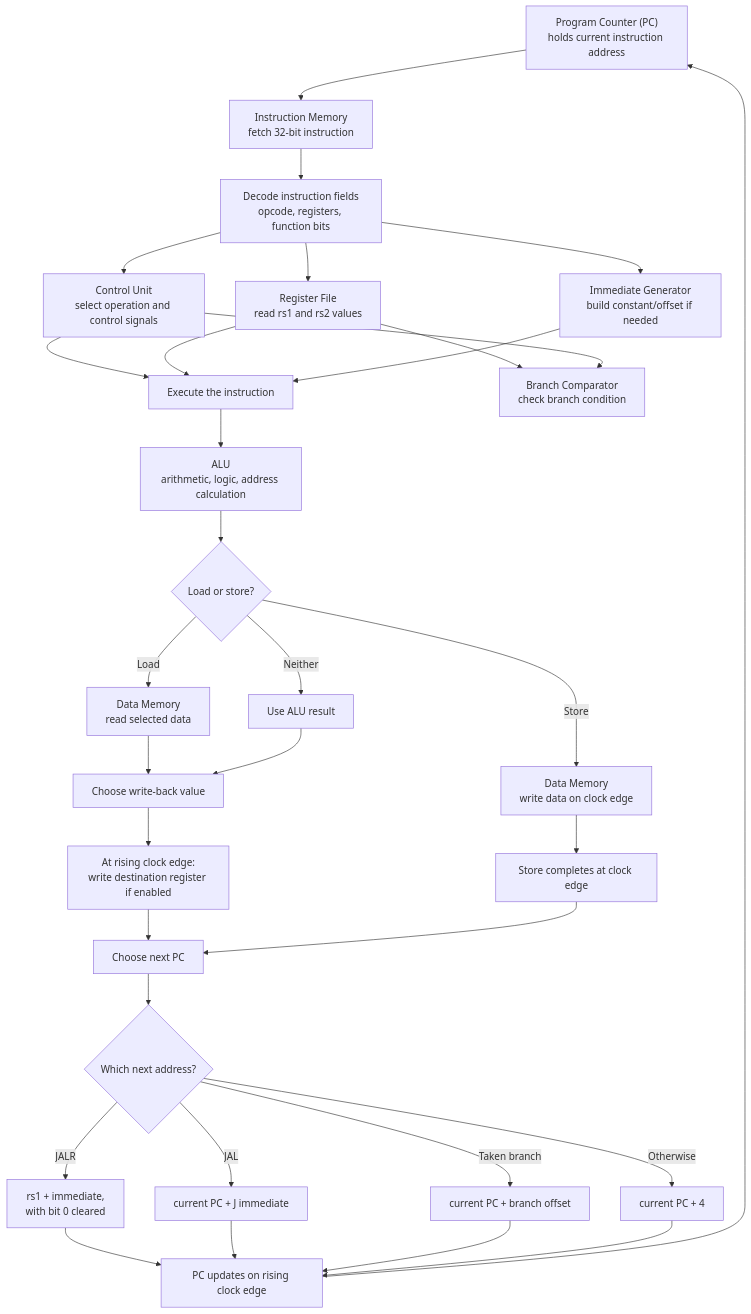
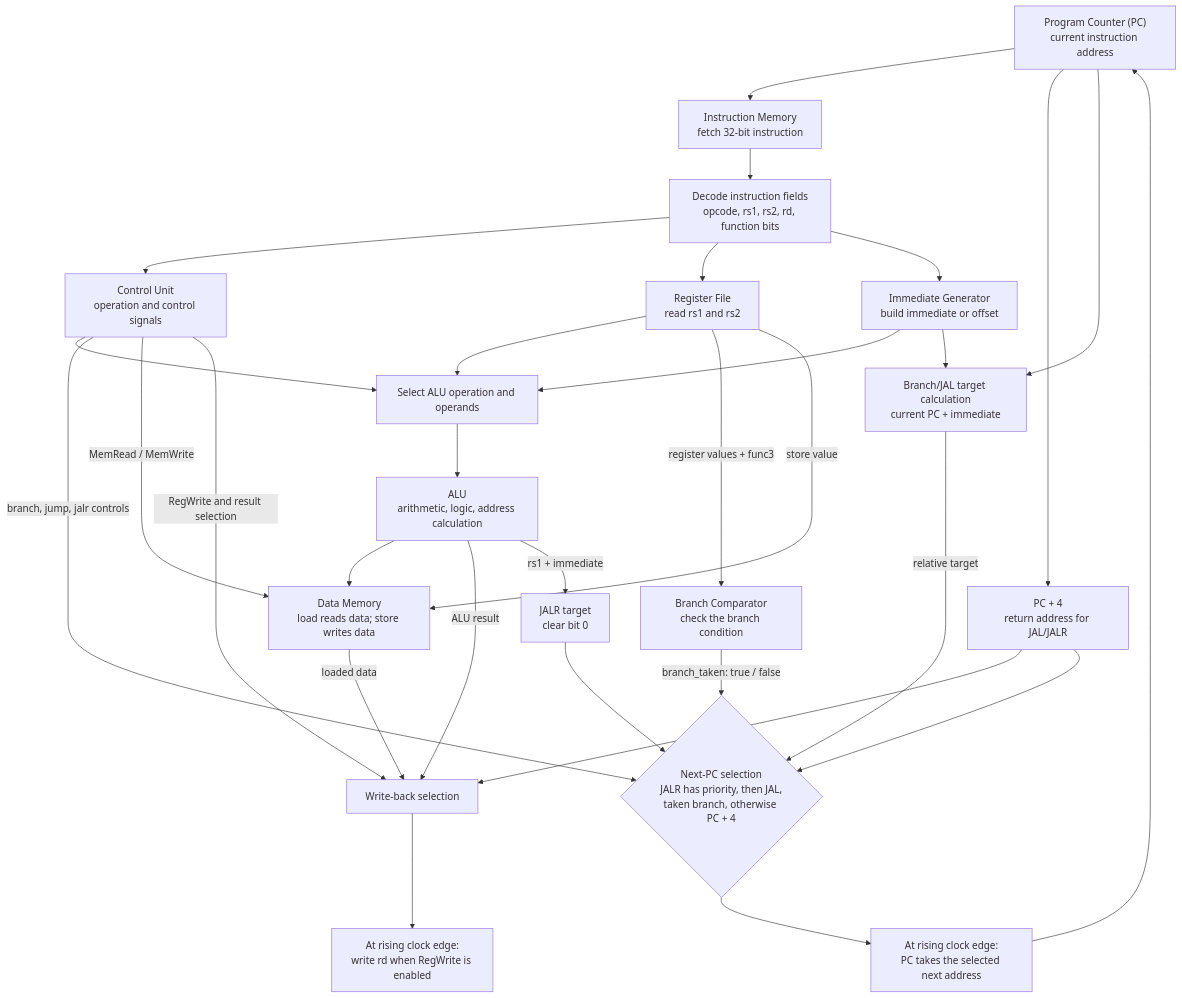
The diagram in README.md (sHiNoBi005/RV32I), drawn with Mermaid before and after one commit.

Commit message:
Connect branch comparator to next PC in flowchart

````diff
--- a/README.md
+++ b/README.md
@@ -41,34 +41,40 @@
 ```mermaid
 flowchart TD
-    A["Program Counter (PC)<br/>holds current instruction address"] --> B["Instruction Memory<br/>fetch 32-bit instruction"]
-    B --> C["Decode instruction fields<br/>opcode, registers, function bits"]
-    C --> D["Control Unit<br/>select operation and control signals"]
-    C --> E["Register File<br/>read rs1 and rs2 values"]
-    C --> F["Immediate Generator<br/>build constant/offset if needed"]
-    D --> G["Execute the instruction"]
-    E --> G
-    F --> G
-    G --> H["ALU<br/>arithmetic, logic, address calculation"]
-    E --> I["Branch Comparator<br/>check branch condition"]
-    D --> I
-    H --> J{"Load or store?"}
-    J -- "Load" --> K["Data Memory<br/>read selected data"]
-    J -- "Store" --> L["Data Memory<br/>write data on clock edge"]
-    J -- "Neither" --> M["Use ALU result"]
-    K --> N["Choose write-back value"]
-    M --> N
-    N --> O["At rising clock edge:<br/>write destination register if enabled"]
-    L --> P["Store completes at clock edge"]
-    O --> Q["Choose next PC"]
-    P --> Q
-    Q --> R{"Which next address?"}
-    R -- "JALR" --> S["rs1 + immediate,<br/>with bit 0 cleared"]
-    R -- "JAL" --> T["current PC + J immediate"]
-    R -- "Taken branch" --> U["current PC + branch offset"]
-    R -- "Otherwise" --> V["current PC + 4"]
-    S --> W["PC updates on rising clock edge"]
-    T --> W
-    U --> W
-    V --> W
-    W --> A
+    PC["Program Counter (PC)<br/>current instruction address"] --> IM["Instruction Memory<br/>fetch 32-bit instruction"]
+    IM --> DEC["Decode instruction fields<br/>opcode, rs1, rs2, rd, function bits"]
+
+    DEC --> CU["Control Unit<br/>operation and control signals"]
+    DEC --> RF["Register File<br/>read rs1 and rs2"]
+    DEC --> IG["Immediate Generator<br/>build immediate or offset"]
+
+    CU --> ALUSetup["Select ALU operation and operands"]
+    RF --> ALUSetup
+    IG --> ALUSetup
+    ALUSetup --> ALU["ALU<br/>arithmetic, logic, address calculation"]
+
+    RF -- "register values + func3" --> BC["Branch Comparator<br/>check the branch condition"]
+    BC -- "branch_taken: true / false" --> NPC
+    CU -- "branch, jump, jalr controls" --> NPC
+
+    ALU --> DM["Data Memory<br/>load reads data; store writes data"]
+    RF -- "store value" --> DM
+    CU -- "MemRead / MemWrite" --> DM
+
+    ALU -- "ALU result" --> WB["Write-back selection"]
+    DM -- "loaded data" --> WB
+    PC4["PC + 4<br/>return address for JAL/JALR"] --> WB
+    CU -- "RegWrite and result selection" --> WB
+    WB --> RFWrite["At rising clock edge:<br/>write rd when RegWrite is enabled"]
+
+    PC --> PC4
+    PC --> BT["Branch/JAL target calculation<br/>current PC + immediate"]
+    IG --> BT
+    BT -- "relative target" --> NPC
+    ALU -- "rs1 + immediate" --> JT["JALR target<br/>clear bit 0"]
+    JT --> NPC
+    PC4 --> NPC
+
+    NPC{"Next-PC selection<br/>JALR has priority, then JAL,<br/>taken branch, otherwise PC + 4"}
+    NPC --> PCUpdate["At rising clock edge:<br/>PC takes the selected next address"]
+    PCUpdate --> PC
 ```
````
